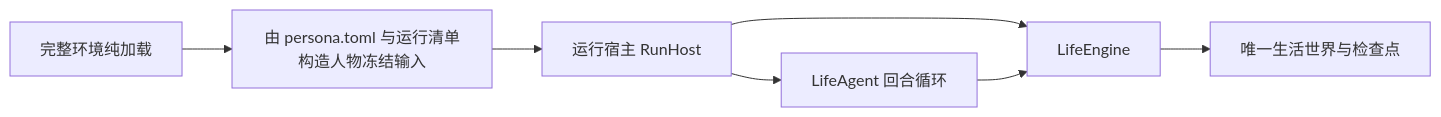
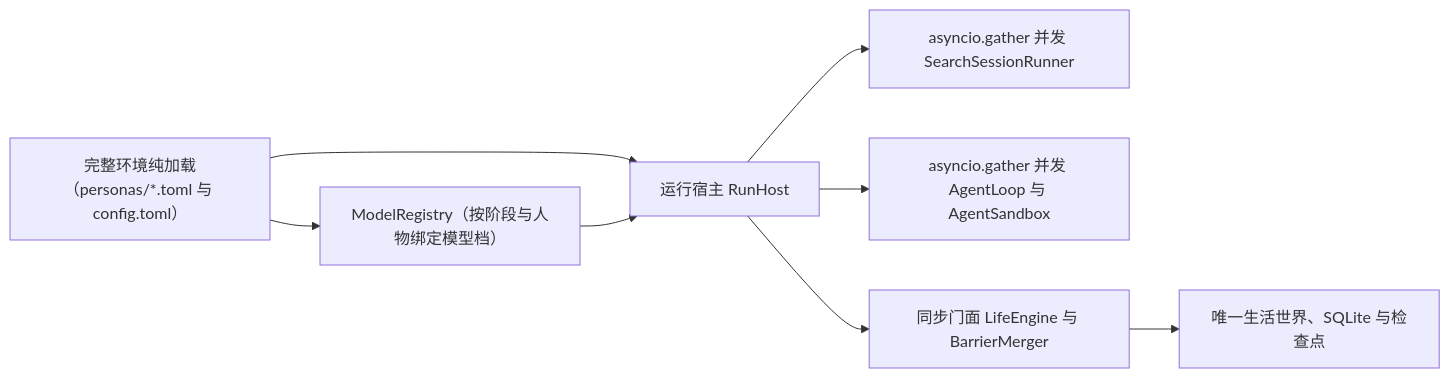
Before and after one commit to HoldThatThgt/WorldMock: the first of 2 diagrams in docs/design/10-runtime.md, drawn with Mermaid. The commit also changed other lines of this file and 19 other files, not shown here.

Commit message:
docs(design): update module specifications and manuals for agent loop and search session

````diff
--- a/docs/design/10-runtime.md
+++ b/docs/design/10-runtime.md
@@ -11,9 +11,10 @@
 ```mermaid
 flowchart LR
-    Inputs[完整环境纯加载] --> Profile[由 persona.toml 与运行清单构造人物冻结输入]
-    Profile --> Host[运行宿主 RunHost]
-    Host --> Agent[LifeAgent 回合循环]
-    Host --> Engine[LifeEngine]
-    Agent --> Engine
-    Engine --> State[唯一生活世界与检查点]
+    Inputs["完整环境纯加载（personas/*.toml 与 config.toml）"] --> Registry["ModelRegistry（按阶段与人物绑定模型档）"]
+    Inputs --> Host["运行宿主 RunHost"]
+    Registry --> Host
+    Host --> Search["asyncio.gather 并发 SearchSessionRunner"]
+    Host --> Agents["asyncio.gather 并发 AgentLoop 与 AgentSandbox"]
+    Host --> Engine["同步门面 LifeEngine 与 BarrierMerger"]
+    Engine --> State["唯一生活世界、SQLite 与检查点"]
 ```
````
